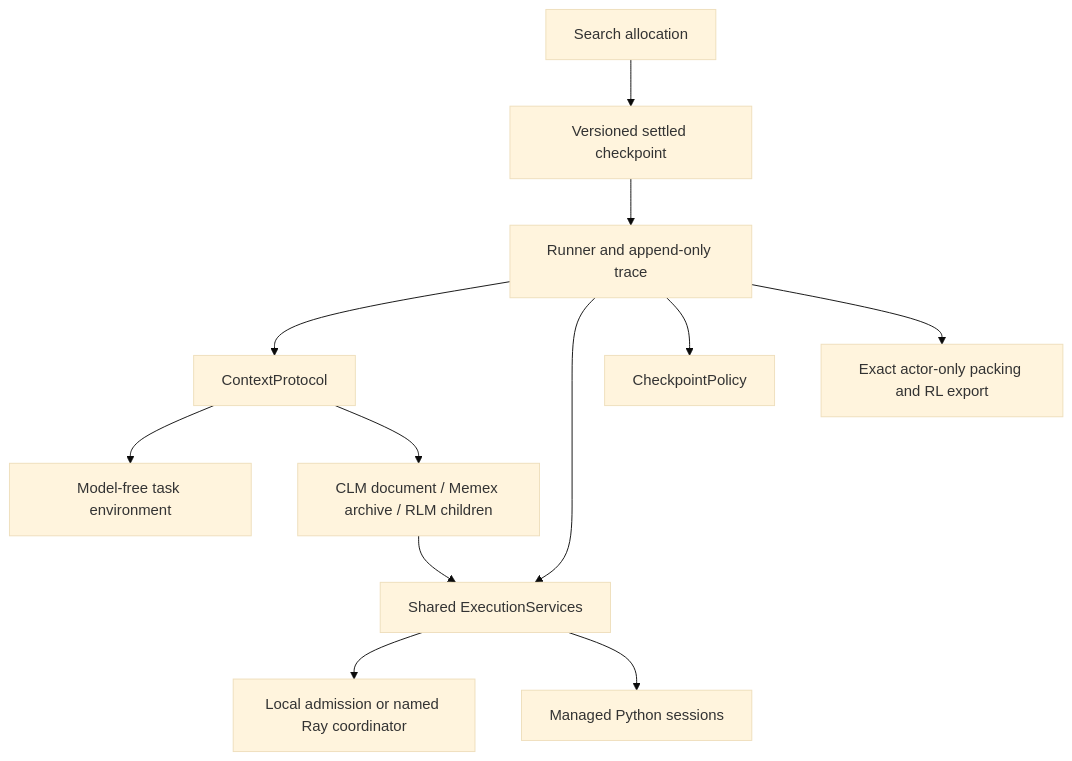
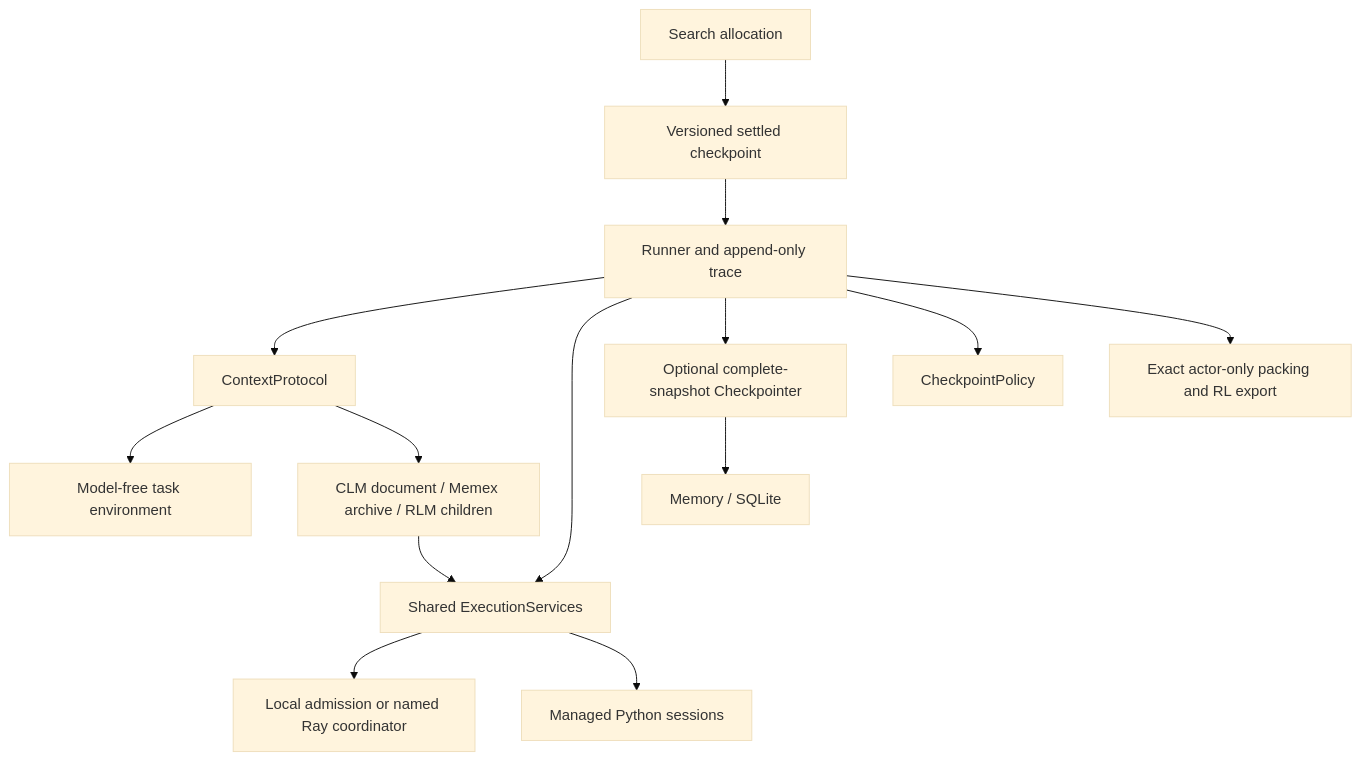
The diagram in docs/implementation/00-overview.md (zipJiang/FOCUS), drawn with Mermaid (base theme) before and after one commit. The commit also changed other lines of this file and 27 other files, not shown here.

First line of the commit message:
feat: add Monty RLM execution and complete snapshot checkpointers

````diff
--- a/docs/implementation/00-overview.md
+++ b/docs/implementation/00-overview.md
@@ -9,14 +9,16 @@
 ```mermaid
 flowchart TD
     Search[Search allocation] --> Checkpoint[Versioned settled checkpoint]
     Checkpoint --> Runner[Runner and append-only trace]
     Runner --> Protocol[ContextProtocol]
     Protocol --> Task[Model-free task environment]
     Protocol --> Context[CLM document / Memex archive / RLM children]
     Runner --> Services[Shared ExecutionServices]
     Context --> Services
     Services --> Inference[Local admission or named Ray coordinator]
     Services --> Python[Managed Python sessions]
+    Runner --> Persistence[Optional complete-snapshot Checkpointer]
+    Persistence --> Store[Memory / SQLite]
     Runner --> Select[CheckpointPolicy]
     Runner --> Training[Exact actor-only packing and RL export]
 ```
````
